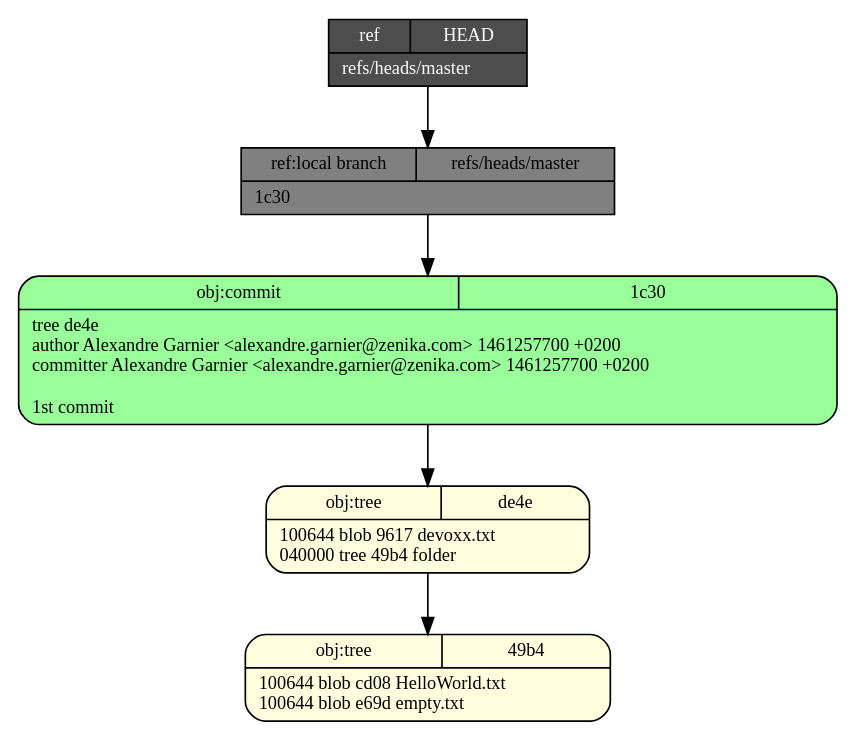
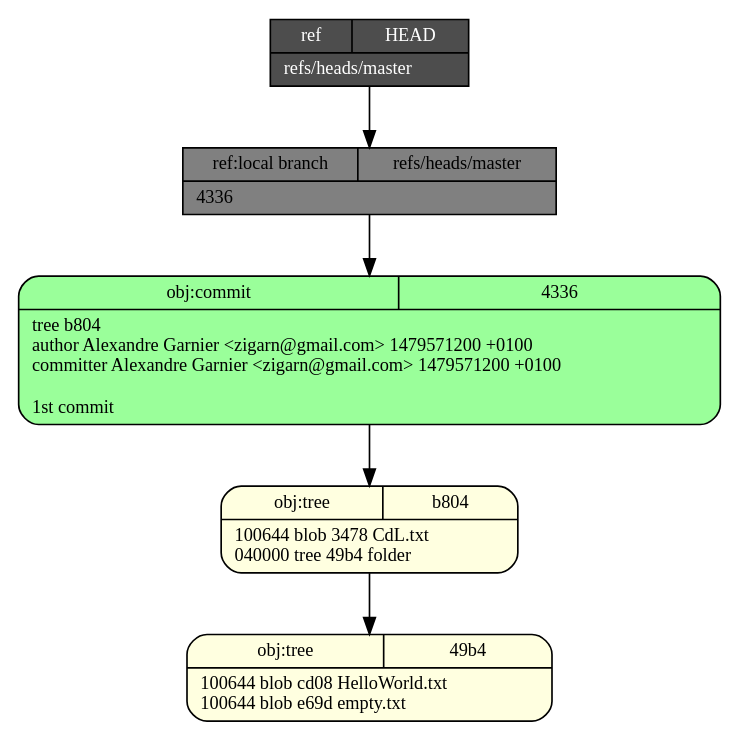
Before and after one commit to zigarn/git-internals: the diagram in tree.dot, drawn with Graphviz. The commit also changed 10 other files, not shown here.

```diff
--- a/tree.dot
+++ b/tree.dot
@@ -1,13 +1,13 @@
 digraph structs {
   node [shape=record,fontsize=11];
   rankdir="TB";
-  _1c30 [fillcolor="palegreen1", style="filled,rounded", label="{{obj:commit|1c30}|tree\ de4e\lauthor\ Alexandre\ Garnier\ \<alexandre\.garnier\@zenika\.com\>\ 1461257700\ \+0200\lcommitter\ Alexandre\ Garnier\ \<alexandre\.garnier\@zenika\.com\>\ 1461257700\ \+0200\l\l1st\ commit\l}"]
-  _1c30 -> _de4e
-  _de4e [fillcolor="lightyellow", style="filled,rounded", label="{{obj:tree|de4e}|100644\ blob\ 9617\	devoxx\.txt\l040000\ tree\ 49b4\	folder\l}"]
-  _de4e -> _49b4
+  _4336 [fillcolor="palegreen1", style="filled,rounded", label="{{obj:commit|4336}|tree\ b804\lauthor\ Alexandre\ Garnier\ \<zigarn\@gmail\.com\>\ 1479571200\ \+0100\lcommitter\ Alexandre\ Garnier\ \<zigarn\@gmail\.com\>\ 1479571200\ \+0100\l\l1st\ commit\l}"]
+  _4336 -> _b804
+  _b804 [fillcolor="lightyellow", style="filled,rounded", label="{{obj:tree|b804}|100644\ blob\ 3478\	CdL\.txt\l040000\ tree\ 49b4\	folder\l}"]
+  _b804 -> _49b4
   _49b4 [fillcolor="lightyellow", style="filled,rounded", label="{{obj:tree|49b4}|100644\ blob\ cd08\	HelloWorld\.txt\l100644\ blob\ e69d\	empty\.txt\l}"]
-  _refs___heads___master [style=filled, fillcolor=gray,  label="{{ref:local branch|refs\/heads\/master}|1c30\l}"]
-  _refs___heads___master -> _1c30
+  _refs___heads___master [style=filled, fillcolor=gray,  label="{{ref:local branch|refs\/heads\/master}|4336\l}"]
+  _refs___heads___master -> _4336
   _HEAD [style=filled, fillcolor=gray30, fontcolor=white,  label="{{ref|HEAD}|refs\/heads\/master\l}"]
   _HEAD -> _refs___heads___master
 }
```
